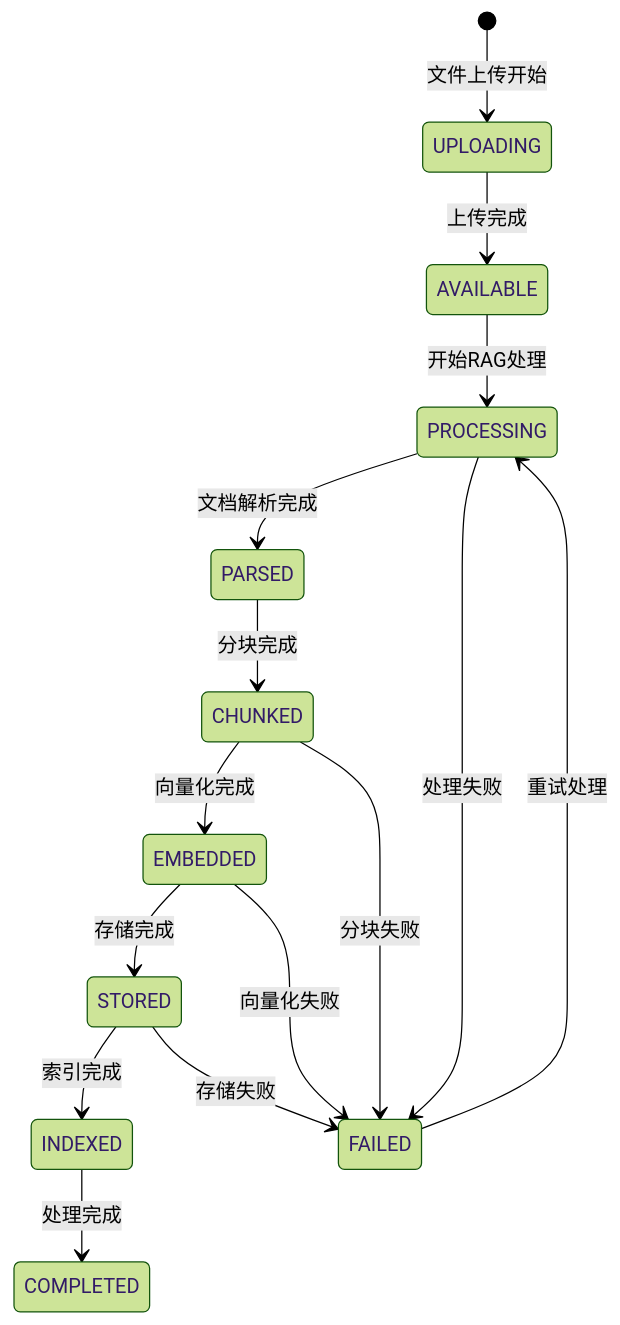
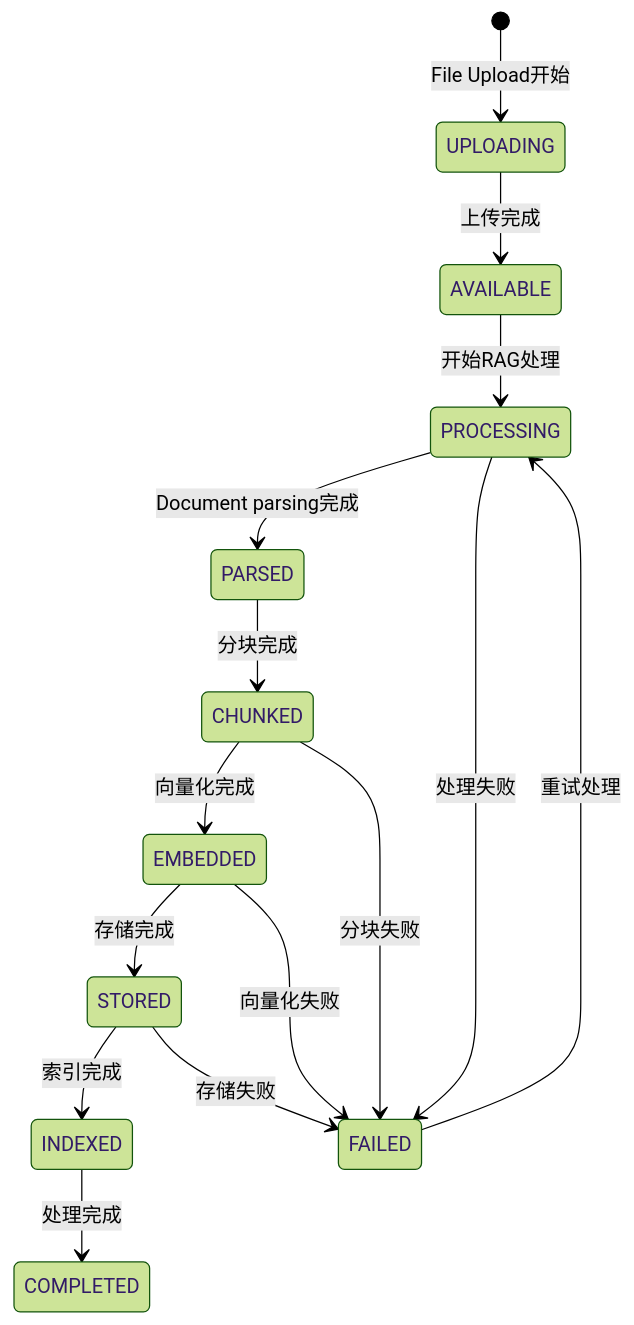
The fourth of 4 diagrams in docs/rag-processing-technical-design.md (guangtouwangba/weaver), drawn with Mermaid (forest theme) before and after one commit. The commit also changed other lines of this file and 9 other files, not shown here.

Commit message:
Complete translation of SQL schema and key config files

````diff
--- a/docs/rag-processing-technical-design.md
+++ b/docs/rag-processing-technical-design.md
@@ -362,19 +362,19 @@
 ```mermaid
 stateDiagram-v2
-    [*] --> UPLOADING: 文件上传开始
+    [*] --> UPLOADING: File Upload开始
     UPLOADING --> AVAILABLE: 上传完成
     AVAILABLE --> PROCESSING: 开始RAG处理
-    PROCESSING --> PARSED: 文档解析完成
+    PROCESSING --> PARSED: Document parsing完成
     PARSED --> CHUNKED: 分块完成
     CHUNKED --> EMBEDDED: 向量化完成
     EMBEDDED --> STORED: 存储完成
     STORED --> INDEXED: 索引完成
     INDEXED --> COMPLETED: 处理完成
     
     PROCESSING --> FAILED: 处理失败
     CHUNKED --> FAILED: 分块失败
     EMBEDDED --> FAILED: 向量化失败
     STORED --> FAILED: 存储失败
     
     FAILED --> PROCESSING: 重试处理
 ```
````
